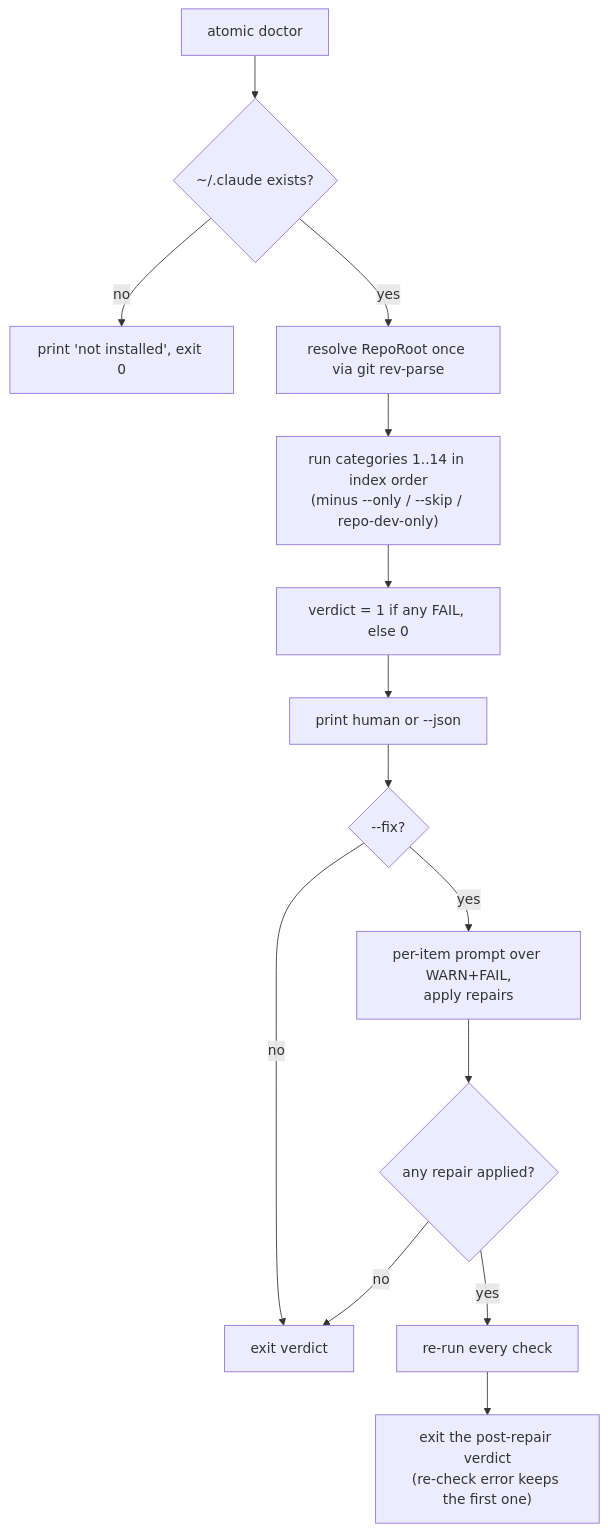
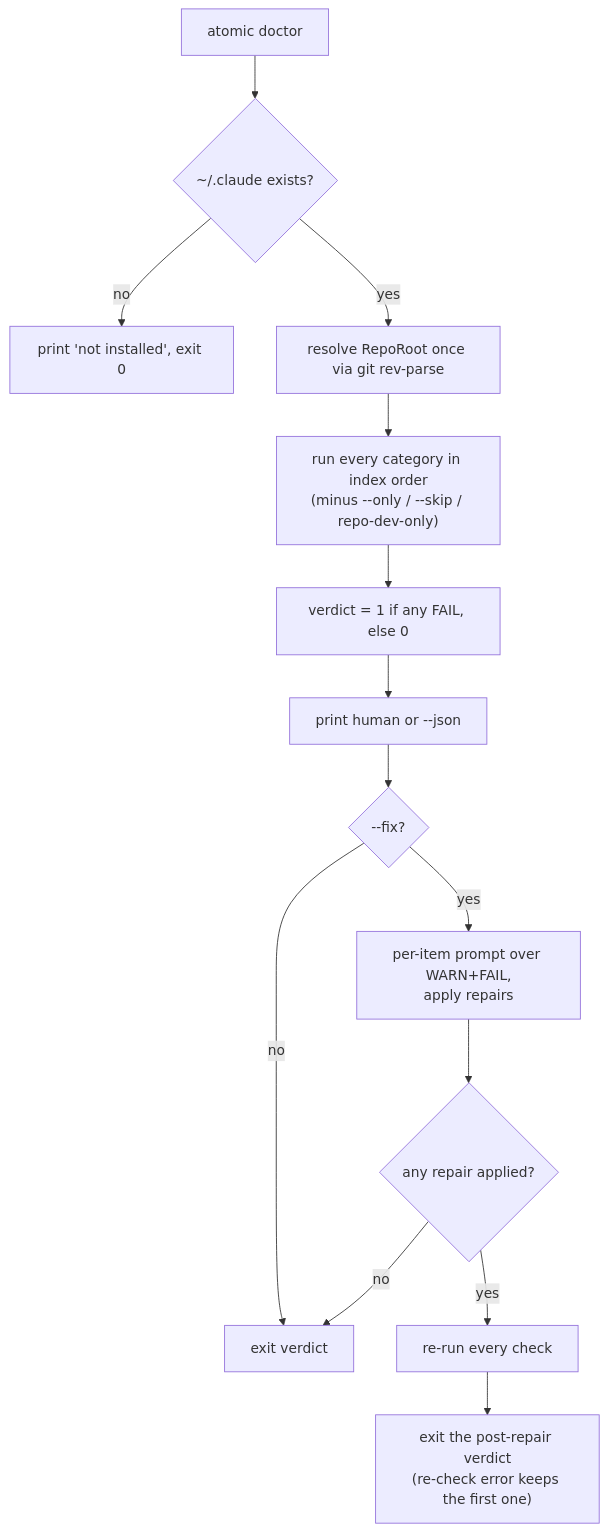
One commit to damusix/atomic-claude changed the diagram in docs/wiki/doctor.md. Above: the diagram before and after it, drawn with Mermaid. The commit also changed other lines of this file and 21 other files, not shown here.

````diff
--- a/docs/wiki/doctor.md
+++ b/docs/wiki/doctor.md
@@ -19,16 +19,16 @@
 ```mermaid
 flowchart TD
     A["atomic doctor"] --> B{"~/.claude exists?"}
     B -->|no| C["print 'not installed', exit 0"]
     B -->|yes| D["resolve RepoRoot once via git rev-parse"]
-    D --> E["run categories 1..14 in index order<br/>(minus --only / --skip / repo-dev-only)"]
+    D --> E["run every category in index order<br/>(minus --only / --skip / repo-dev-only)"]
     E --> F["verdict = 1 if any FAIL, else 0"]
     F --> G["print human or --json"]
     G --> H{"--fix?"}
     H -->|no| J["exit verdict"]
     H -->|yes| I["per-item prompt over WARN+FAIL,<br/>apply repairs"]
     I --> K{"any repair applied?"}
     K -->|no| J
     K -->|yes| L["re-run every check"]
     L --> M["exit the post-repair verdict<br/>(re-check error keeps the first one)"]
 ```
````
